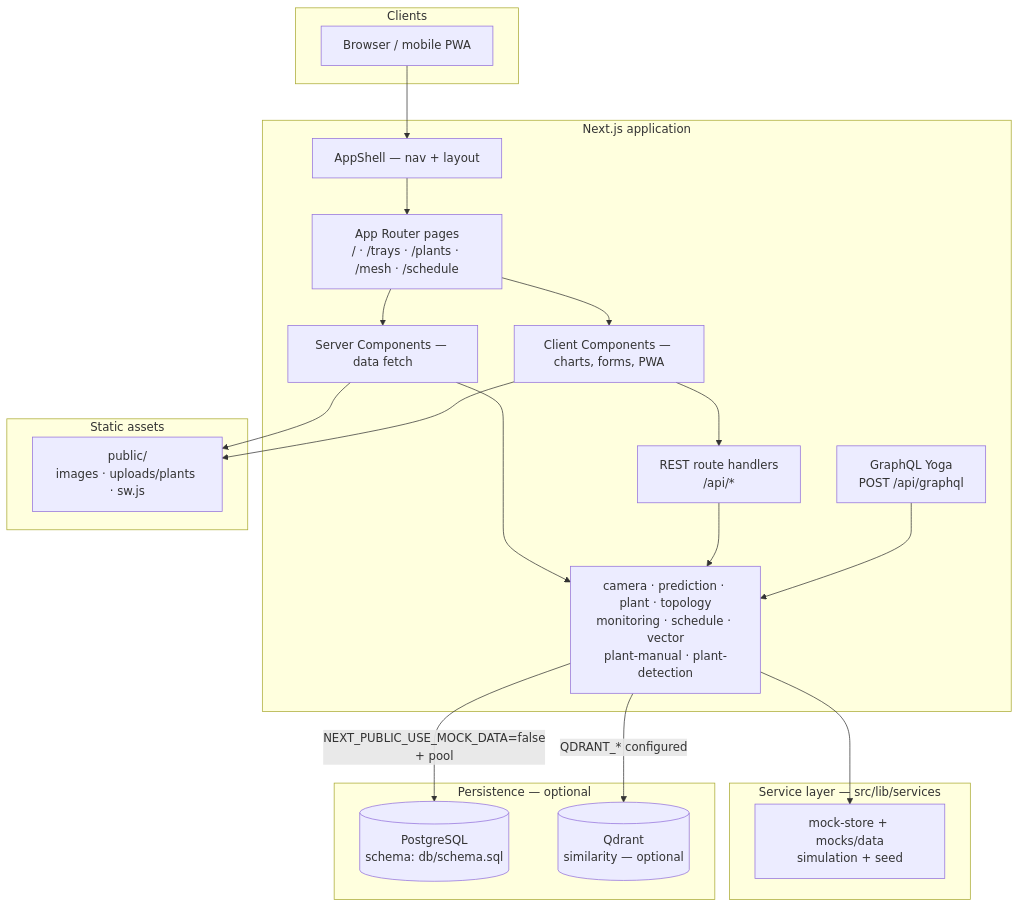
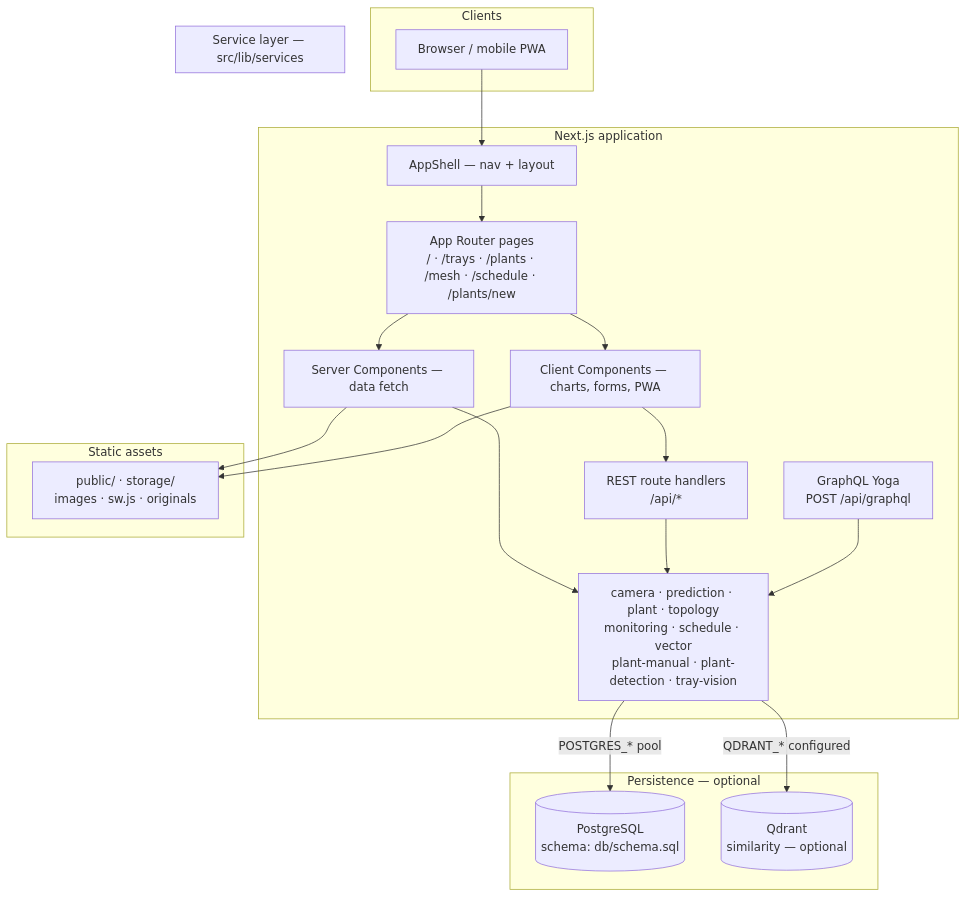
Before and after one commit to Agri-Home/agrihome: the diagram in docs/diagrams/01-architecture.md, drawn with Mermaid. The commit also changed other lines of this file and 33 other files, not shown here.

````diff
--- a/docs/diagrams/01-architecture.md
+++ b/docs/diagrams/01-architecture.md
@@ -5,43 +5,41 @@
 ```mermaid
 flowchart TB
   subgraph clients [Clients]
     Browser["Browser / mobile PWA"]
   end
 
   subgraph next [Next.js application]
     Shell["AppShell — nav + layout"]
-    Pages["App Router pages\n/ · /trays · /plants · /mesh · /schedule"]
+    Pages["App Router pages\n/ · /trays · /plants · /mesh · /schedule · /plants/new"]
     RSC["Server Components — data fetch"]
     Client["Client Components — charts, forms, PWA"]
     API["REST route handlers\n/api/*"]
     GQL["GraphQL Yoga\nPOST /api/graphql"]
     Shell --> Pages
     Pages --> RSC
     Pages --> Client
     RSC --> Services
     Client --> API
     API --> Services
     GQL --> Services
   end
 
   subgraph lib [Service layer — src/lib/services]
-    Services["camera · prediction · plant · topology\nmonitoring · schedule · vector\nplant-manual · plant-detection"]
-    Mocks["mock-store + mocks/data\nsimulation + seed"]
-    Services --> Mocks
+    Services["camera · prediction · plant · topology\nmonitoring · schedule · vector\nplant-manual · plant-detection · tray-vision"]
   end
 
   subgraph persistence [Persistence — optional]
     PG[("PostgreSQL\nschema: db/schema.sql")]
     QD[("Qdrant\nsimilarity — optional")]
   end
 
   subgraph static [Static assets]
-    Public["public/\nimages · uploads/plants · sw.js"]
+    Public["public/ · storage/\nimages · sw.js · originals"]
   end
 
   Browser --> Shell
-  Services -->|"NEXT_PUBLIC_USE_MOCK_DATA=false\n+ pool"| PG
+  Services -->|"POSTGRES_* pool"| PG
   Services -->|"QDRANT_* configured"| QD
   RSC --> Public
   Client --> Public
 ```
````
